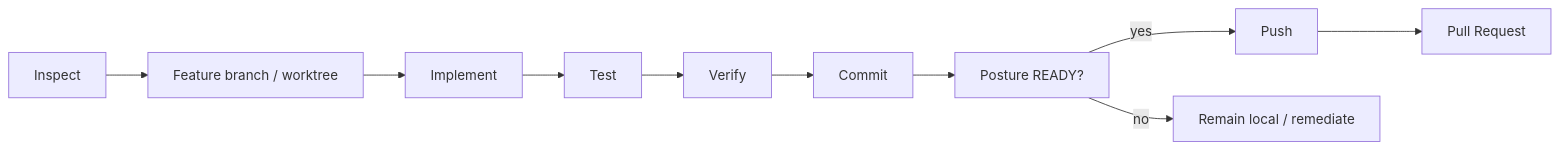
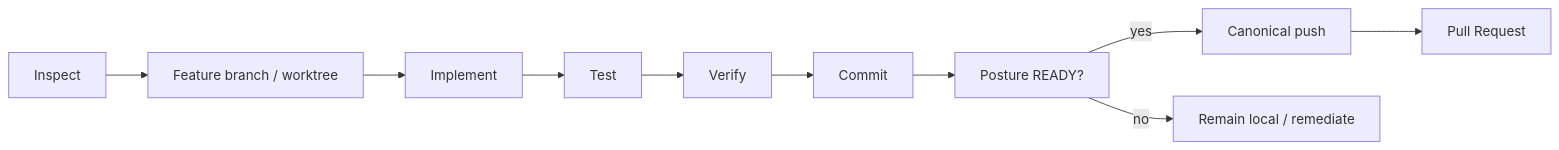
Before and after one commit to tomo-chan/agent-harness: the second of 2 diagrams in AGENTS.md, drawn with Mermaid. The commit also changed other lines of this file, not shown here.

Commit message:
docs: codify canonical SCM and trusted task identity invariants

````diff
--- a/AGENTS.md
+++ b/AGENTS.md
@@ -116,12 +129,12 @@
 ```mermaid
 flowchart LR
     I[Inspect] --> W[Feature branch / worktree]
     W --> M[Implement]
     M --> T[Test]
     T --> V[Verify]
     V --> C[Commit]
     C --> P[Posture READY?]
-    P -->|yes| U[Push]
+    P -->|yes| U[Canonical push]
     U --> R[Pull Request]
     P -->|no| L[Remain local / remediate]
 ```
````
